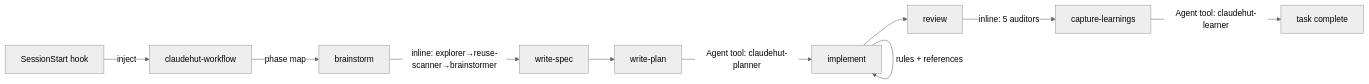
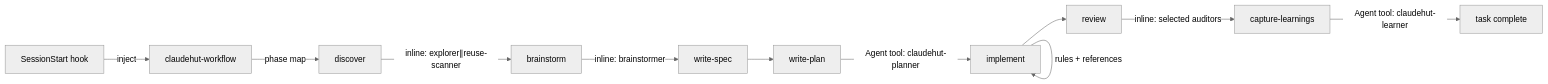
One commit to taipt1504/claudehut changed the diagram in .claude/docs/design/04-skills.md. Above: the diagram before and after it, drawn with Mermaid (neutral theme). The commit also changed other lines of this file and 32 other files, not shown here.

````diff
--- a/.claude/docs/design/04-skills.md
+++ b/.claude/docs/design/04-skills.md
@@ -174,12 +184,13 @@
 ```mermaid
 flowchart LR
     SS[SessionStart hook] -->|inject| WF[claudehut-workflow]
-    WF -->|phase map| BS[brainstorm]
-    BS -->|inline: explorer→reuse-scanner→brainstormer| SP[write-spec]
+    WF -->|phase map| DC[discover]
+    DC -->|inline: explorer∥reuse-scanner| BS[brainstorm]
+    BS -->|inline: brainstormer| SP[write-spec]
     SP --> WP[write-plan]
     WP -->|Agent tool: claudehut-planner| IM[implement]
     IM -->|rules + references| IM
     IM --> RV[review]
-    RV -->|inline: 5 auditors| CL[capture-learnings]
+    RV -->|inline: selected auditors| CL[capture-learnings]
     CL -->|Agent tool: claudehut-learner| done[task complete]
 ```
````
